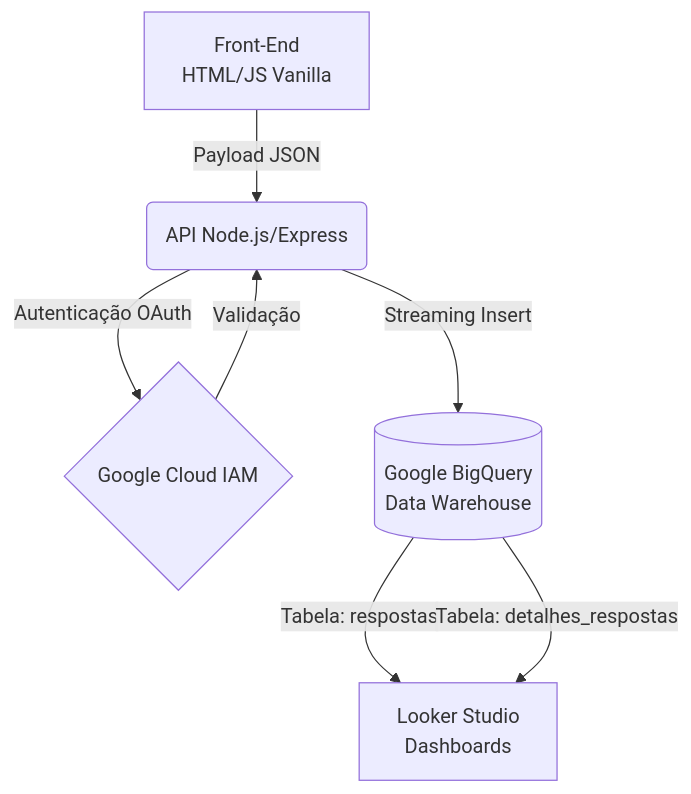
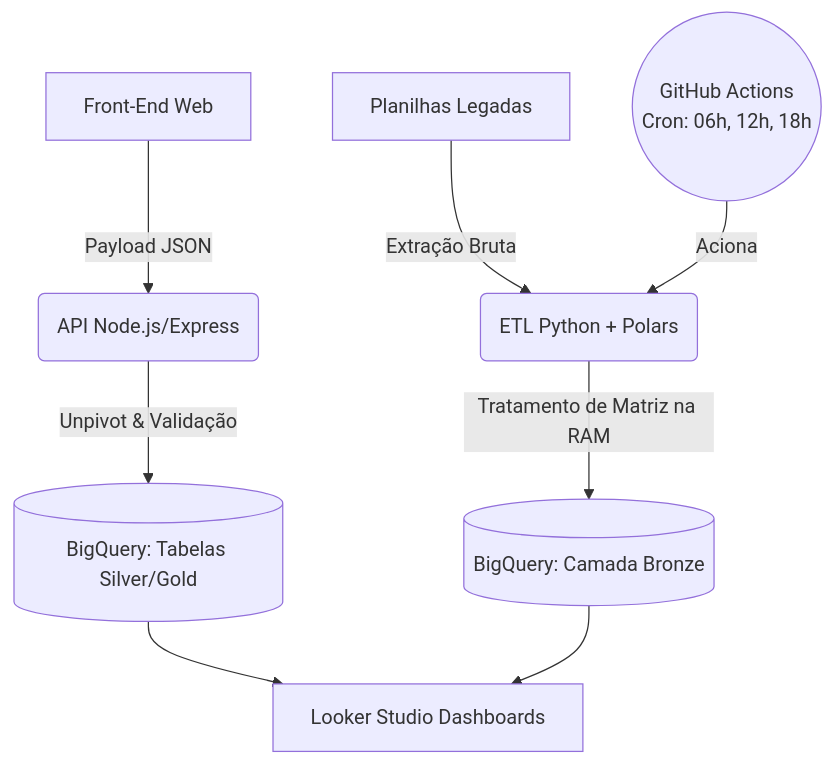
Before and after one commit to qualidadehsr-rgb/auditoria-de-prontuarios: the diagram in README.md, drawn with Mermaid. The commit also changed other lines of this file and 8 other files, not shown here.

````diff
--- a/README.md
+++ b/README.md
@@ -19,9 +16,15 @@
 ```mermaid
 graph TD
-    A[Front-End \n HTML/JS Vanilla] -->|Payload JSON| B(API Node.js/Express)
-    B -->|Autenticação OAuth| C{Google Cloud IAM}
-    C -->|Validação| B
-    B -->|Streaming Insert| D[(Google BigQuery \n Data Warehouse)]
-    D -->|Tabela: respostas| E[Looker Studio \n Dashboards]
-    D -->|Tabela: detalhes_respostas| E
+    %% Transacional / Real-time
+    A[Front-End Web] -->|Payload JSON| B(API Node.js/Express)
+    B -->|Unpivot & Validação| C[(BigQuery: Tabelas Silver/Gold)]
+    
+    %% Engenharia de Dados / Batch
+    D[Planilhas Legadas] -->|Extração Bruta| E(ETL Python + Polars)
+    E -->|Tratamento de Matriz na RAM| F[(BigQuery: Camada Bronze)]
+    
+    %% Orquestração e BI
+    G((GitHub Actions\nCron: 06h, 12h, 18h)) -->|Aciona| E
+    C --> H[Looker Studio Dashboards]
+    F --> H
 ```
````
